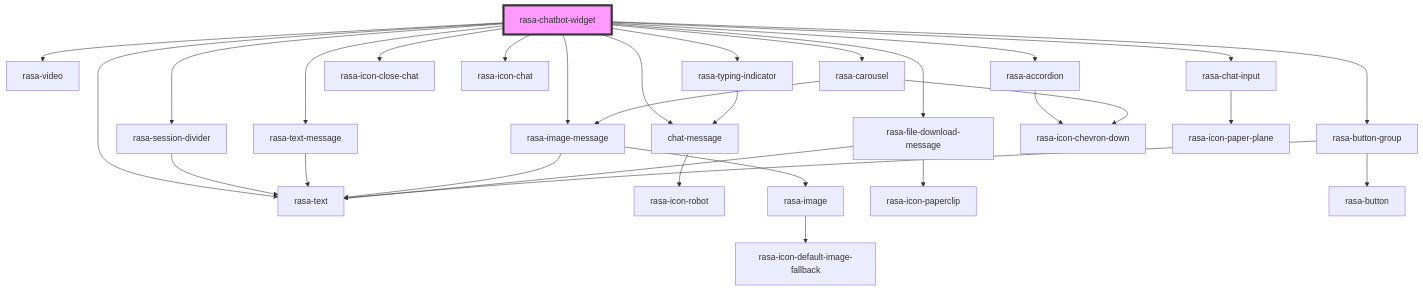
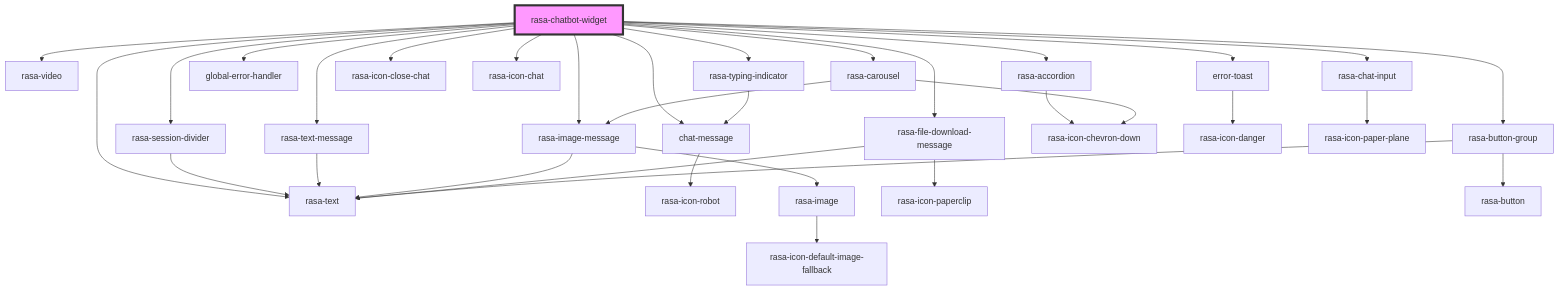
One commit to RasaHQ/chat-widget changed the diagram in packages/web-component/src/rasa-chatbot-widget/readme.md. Above: the diagram before and after it, drawn with Mermaid. The commit also changed other lines of this file and 32 other files, not shown here.

Commit message:
Custom error handler, error toast

````diff
--- a/packages/web-component/src/rasa-chatbot-widget/readme.md
+++ b/packages/web-component/src/rasa-chatbot-widget/readme.md
@@ -47,33 +49,36 @@
 ```mermaid
 graph TD;
   rasa-chatbot-widget --> rasa-session-divider
   rasa-chatbot-widget --> chat-message
   rasa-chatbot-widget --> rasa-text-message
   rasa-chatbot-widget --> rasa-image-message
   rasa-chatbot-widget --> rasa-video
   rasa-chatbot-widget --> rasa-file-download-message
   rasa-chatbot-widget --> rasa-accordion
   rasa-chatbot-widget --> rasa-text
   rasa-chatbot-widget --> rasa-button-group
   rasa-chatbot-widget --> rasa-carousel
+  rasa-chatbot-widget --> global-error-handler
   rasa-chatbot-widget --> rasa-typing-indicator
   rasa-chatbot-widget --> rasa-icon-close-chat
   rasa-chatbot-widget --> rasa-icon-chat
+  rasa-chatbot-widget --> error-toast
   rasa-chatbot-widget --> rasa-chat-input
   rasa-session-divider --> rasa-text
   chat-message --> rasa-icon-robot
   rasa-text-message --> rasa-text
   rasa-image-message --> rasa-image
   rasa-image-message --> rasa-text
   rasa-image --> rasa-icon-default-image-fallback
   rasa-file-download-message --> rasa-icon-paperclip
   rasa-file-download-message --> rasa-text
   rasa-accordion --> rasa-icon-chevron-down
   rasa-button-group --> rasa-button
   rasa-button-group --> rasa-text
   rasa-carousel --> rasa-image-message
   rasa-carousel --> rasa-icon-chevron-down
   rasa-typing-indicator --> chat-message
+  error-toast --> rasa-icon-danger
   rasa-chat-input --> rasa-icon-paper-plane
   style rasa-chatbot-widget fill:#f9f,stroke:#333,stroke-width:4px
 ```
````
